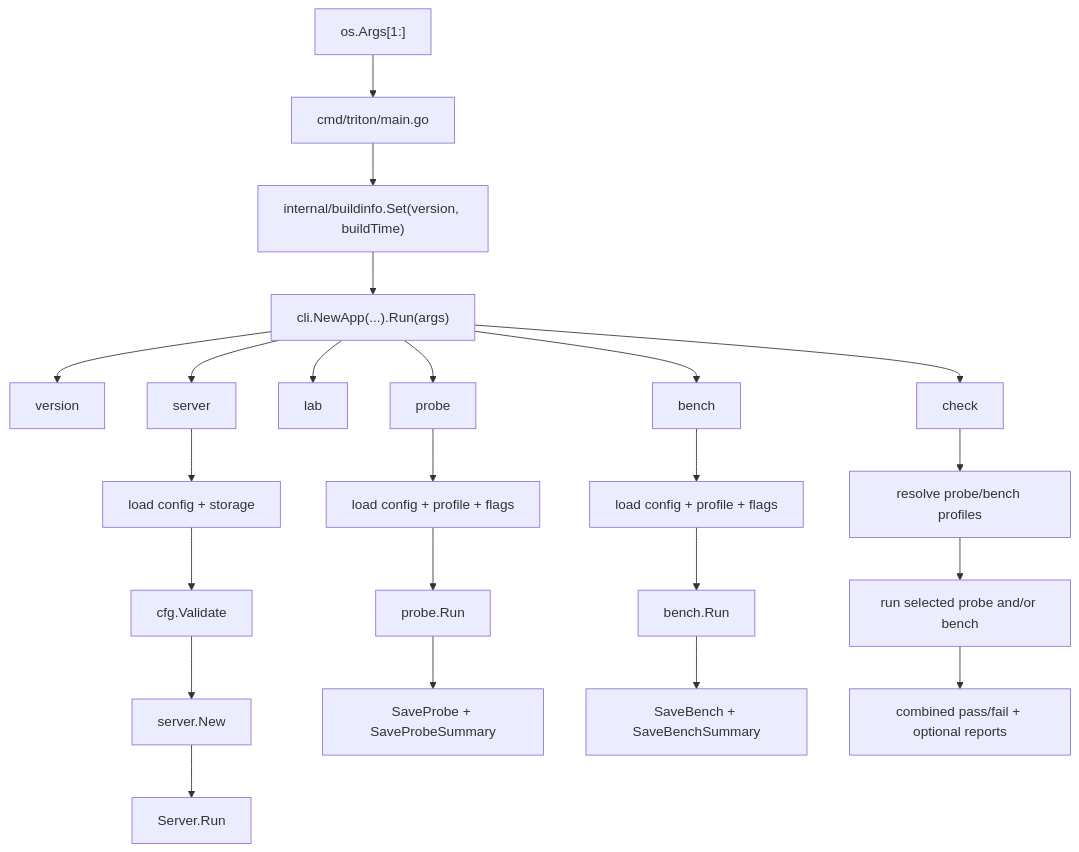
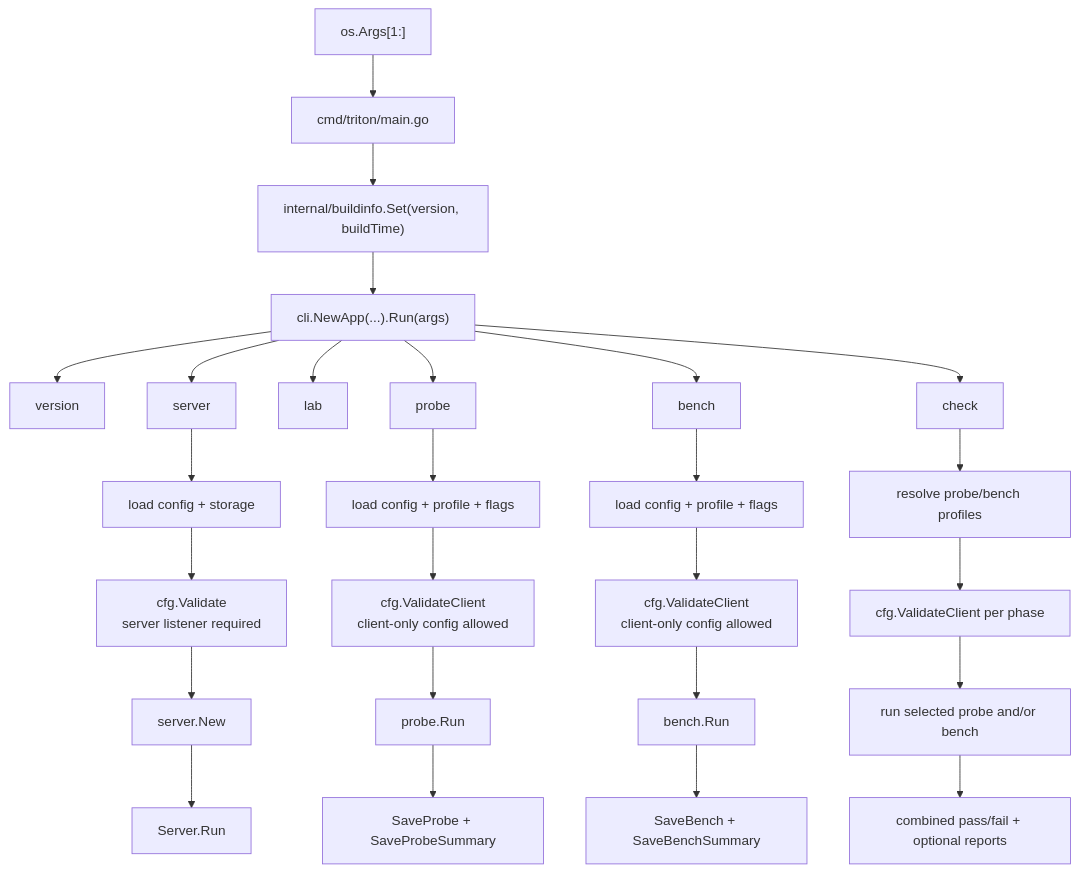
One commit to TritonProbe/triton changed the third of 26 diagrams in ARCHITECTURE.md. Above: the diagram before and after it, drawn with Mermaid. The commit also changed other lines of this file and 12 other files, not shown here.

First line of the commit message:
Add client-only config validation and preserve partial bench failures

````diff
--- a/ARCHITECTURE.md
+++ b/ARCHITECTURE.md
@@ -114,30 +114,33 @@
 ```mermaid
 flowchart TD
     Args["os.Args[1:]"] --> Main["cmd/triton/main.go"]
     Main --> BuildInfo["internal/buildinfo.Set(version, buildTime)"]
     BuildInfo --> CLI["cli.NewApp(...).Run(args)"]
 
     CLI --> Version["version"]
     CLI --> Server["server"]
     CLI --> Lab["lab"]
     CLI --> Probe["probe"]
     CLI --> Bench["bench"]
     CLI --> Check["check"]
 
     Server --> LoadServer["load config + storage"]
-    LoadServer --> ValidateServer["cfg.Validate"]
+    LoadServer --> ValidateServer["cfg.Validate<br/>server listener required"]
     ValidateServer --> ServerNew["server.New"]
     ServerNew --> ServerRun["Server.Run"]
 
     Probe --> LoadProbe["load config + profile + flags"]
-    LoadProbe --> ProbeRun["probe.Run"]
+    LoadProbe --> ValidateProbe["cfg.ValidateClient<br/>client-only config allowed"]
+    ValidateProbe --> ProbeRun["probe.Run"]
     ProbeRun --> SaveProbe["SaveProbe + SaveProbeSummary"]
 
     Bench --> LoadBench["load config + profile + flags"]
-    LoadBench --> BenchRun["bench.Run"]
+    LoadBench --> ValidateBench["cfg.ValidateClient<br/>client-only config allowed"]
+    ValidateBench --> BenchRun["bench.Run"]
     BenchRun --> SaveBench["SaveBench + SaveBenchSummary"]
 
     Check --> ResolveProfiles["resolve probe/bench profiles"]
-    ResolveProfiles --> RunBoth["run selected probe and/or bench"]
+    ResolveProfiles --> ValidateCheck["cfg.ValidateClient per phase"]
+    ValidateCheck --> RunBoth["run selected probe and/or bench"]
     RunBoth --> Verdict["combined pass/fail + optional reports"]
 ```
````
